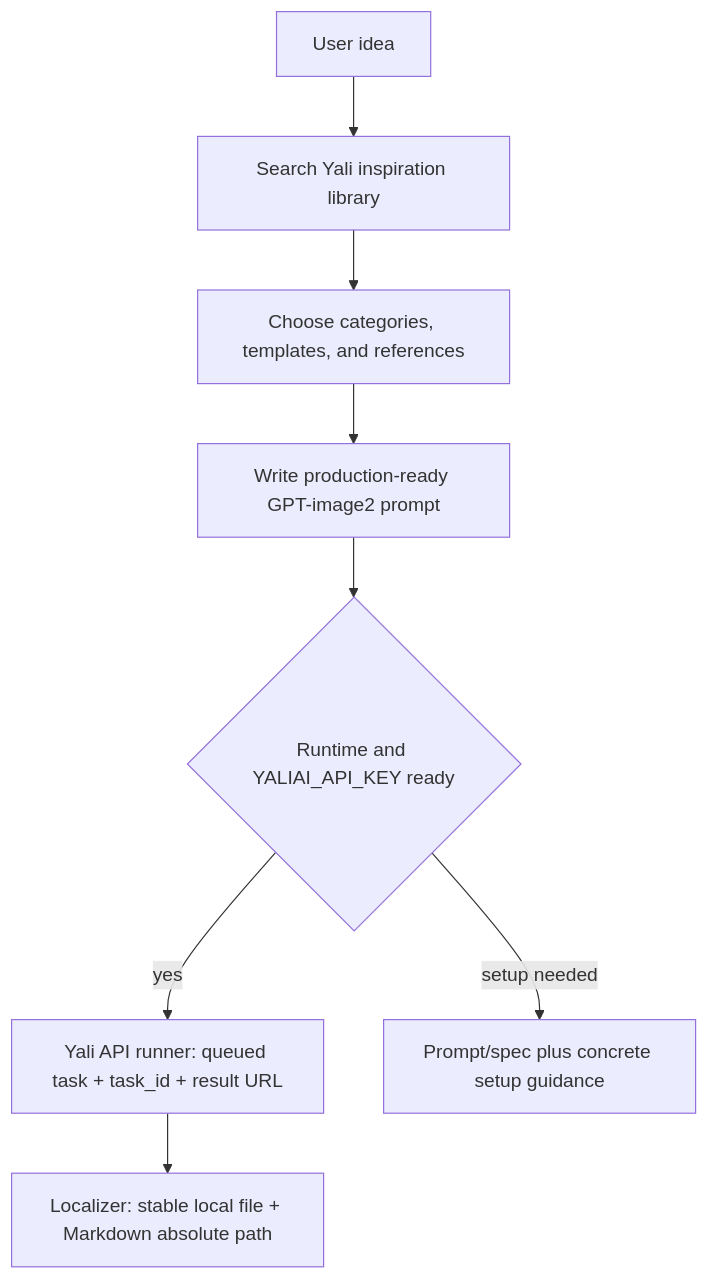
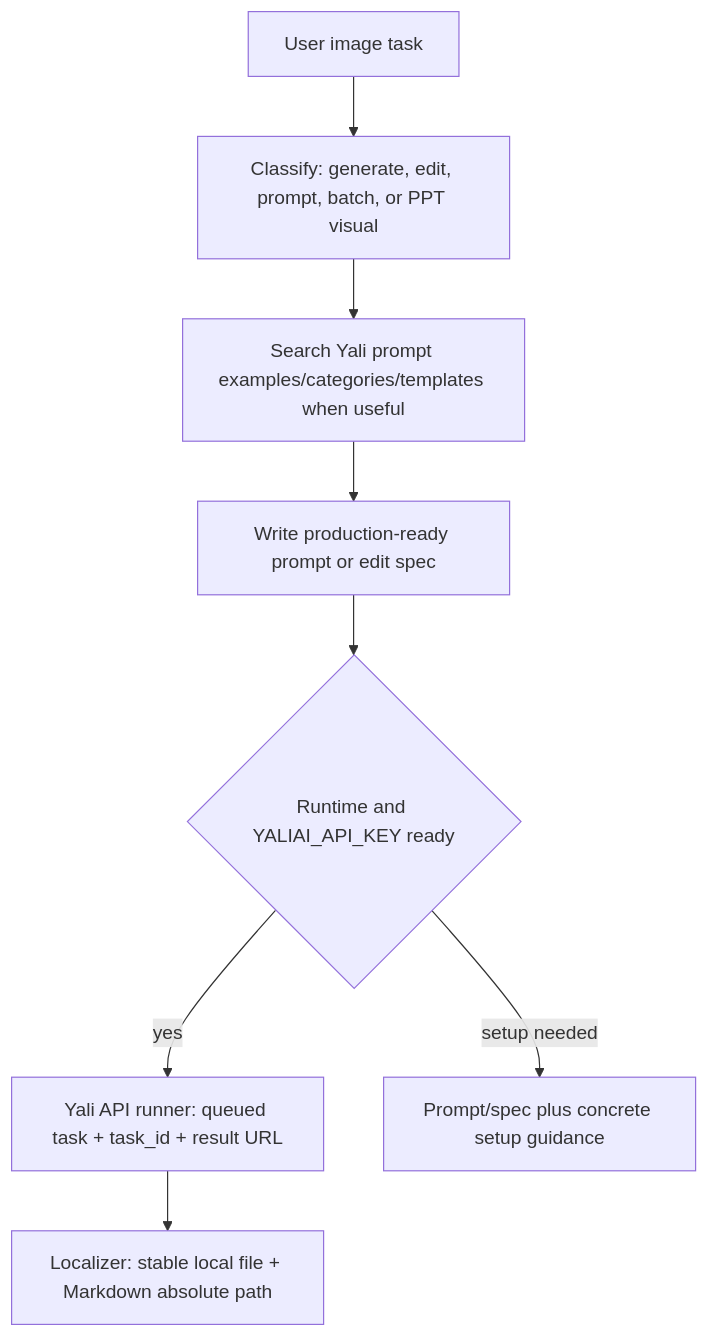
Before and after one commit to pptt121212/yaliai-gpt-image-2-inspiration: the diagram in README.md, drawn with Mermaid. The commit also changed other lines of this file and 16 other files, not shown here.

````diff
--- a/README.md
+++ b/README.md
@@ -128,10 +131,10 @@
 ```mermaid
 flowchart TD
-  A["User idea"] --> B["Search Yali inspiration library"]
-  B --> C["Choose categories, templates, and references"]
-  C --> D["Write production-ready GPT-image2 prompt"]
+  A["User image task"] --> B["Classify: generate, edit, prompt, batch, or PPT visual"]
+  B --> C["Search Yali prompt examples/categories/templates when useful"]
+  C --> D["Write production-ready prompt or edit spec"]
   D --> E{"Runtime and YALIAI_API_KEY ready"}
   E -->|yes| F["Yali API runner: queued task + task_id + result URL"]
   F --> G["Localizer: stable local file + Markdown absolute path"]
   E -->|setup needed| H["Prompt/spec plus concrete setup guidance"]
 ```
````
